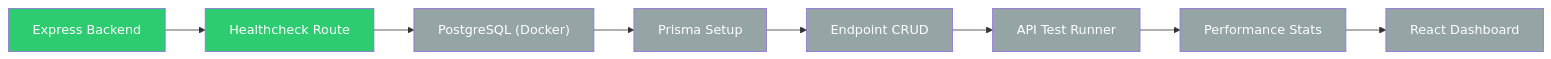
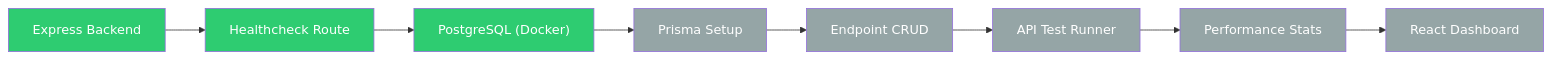
The diagram in README.md (zardledev/API-Performance-Monitor), drawn with Mermaid before and after one commit. The commit also changed other lines of this file, not shown here.

````diff
--- a/README.md
+++ b/README.md
@@ -94,16 +95,16 @@
 ```mermaid
 flowchart LR
     A[Express Backend] --> B[Healthcheck Route]
     B --> C["PostgreSQL (Docker)"]
     C --> D[Prisma Setup]
     D --> E[Endpoint CRUD]
     E --> F[API Test Runner]
     F --> G[Performance Stats]
     G --> H[React Dashboard]
 
-    class A,B done
-    class C,D,E,F,G,H planned
+    class A,B,C done
+    class D,E,F,G,H planned
 
     classDef done fill:#2ecc71,color:#fff;
     classDef planned fill:#95a5a6,color:#fff;
 ```
````
